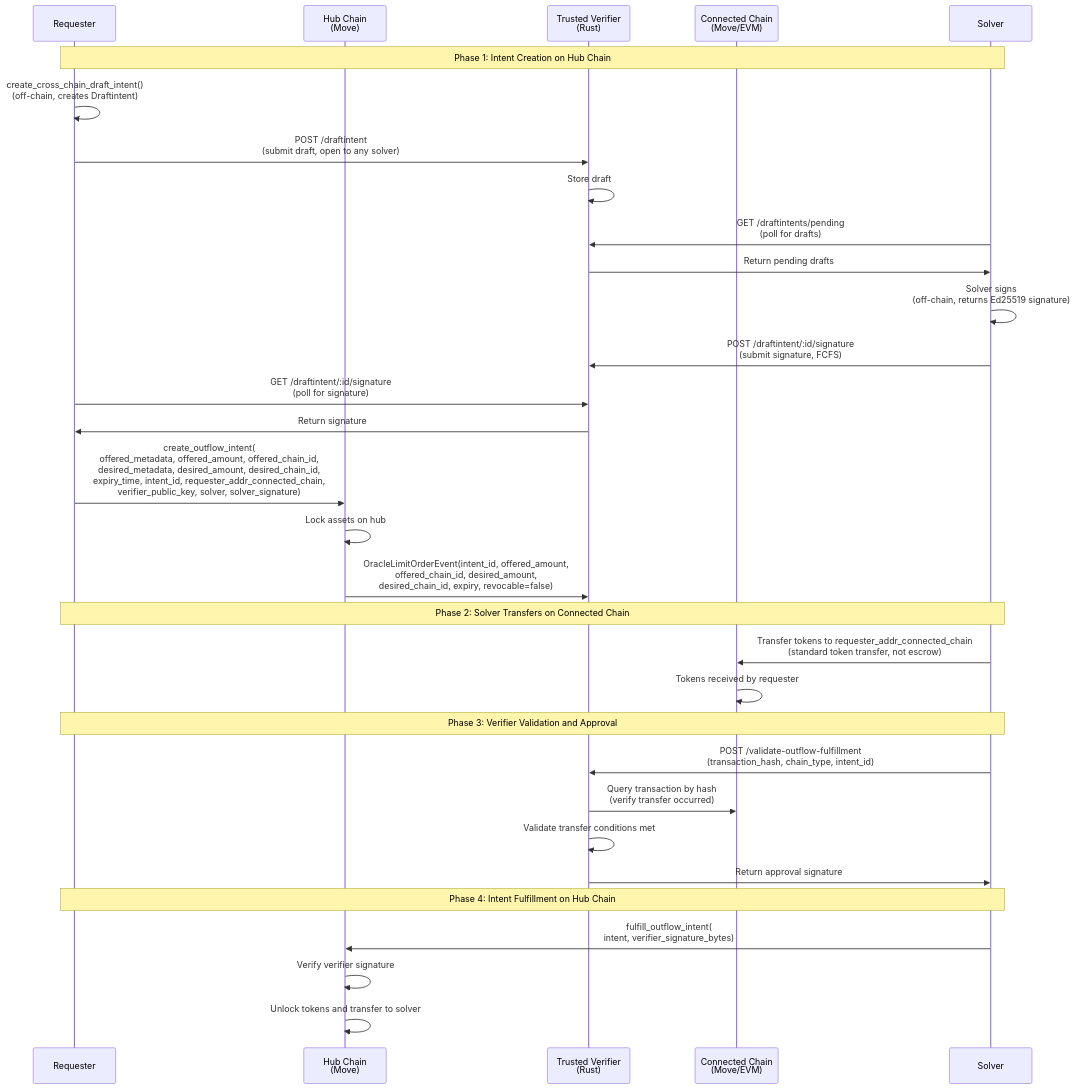
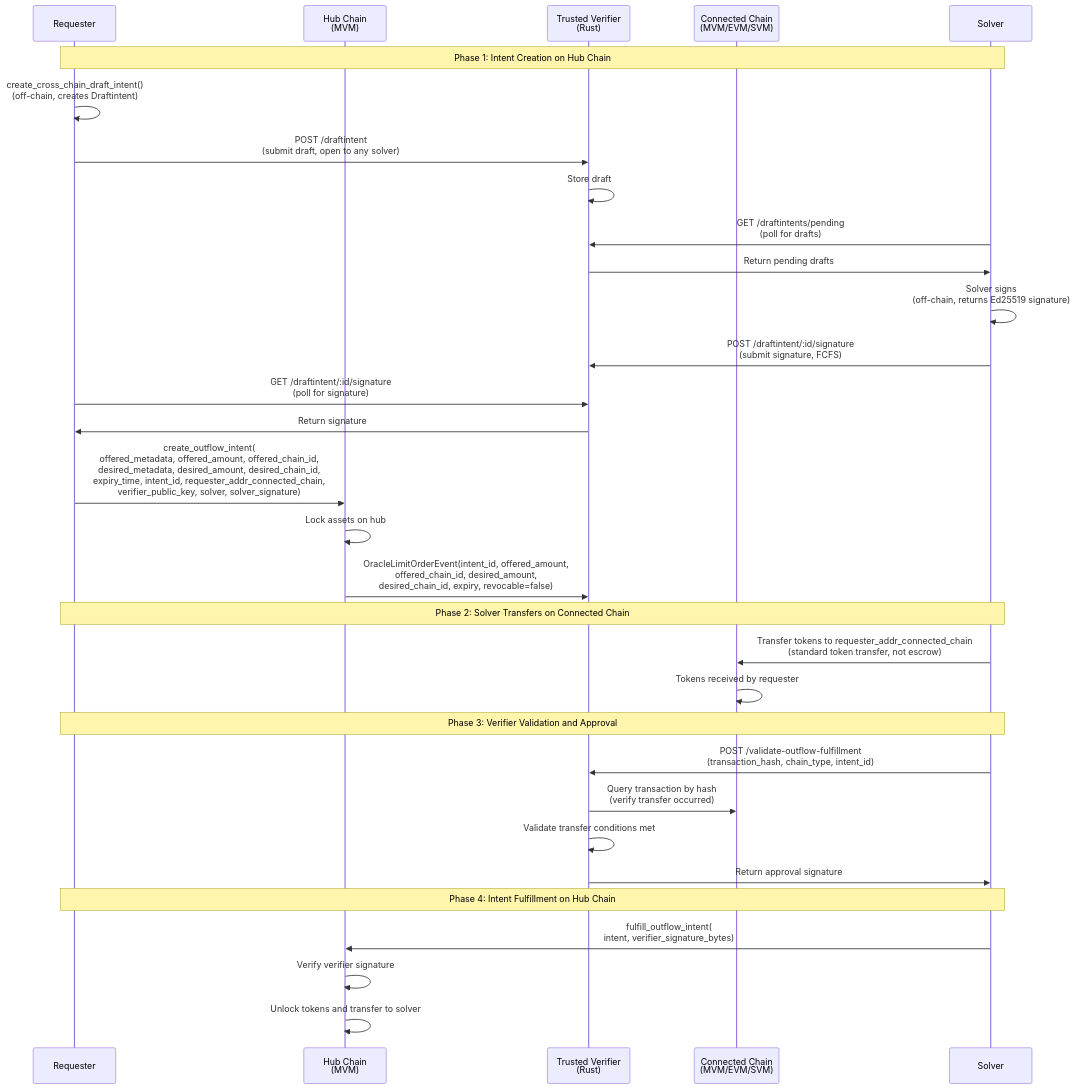
One commit to MoveIndustries/int3nts changed the second of 4 diagrams in docs/protocol.md. Above: the diagram before and after it, drawn with Mermaid. The commit also changed other lines of this file and 19 other files, not shown here.

````diff
--- a/docs/protocol.md
+++ b/docs/protocol.md
@@ -104,37 +109,37 @@
 ```mermaid
 sequenceDiagram
     participant Requester
-    participant Hub as Hub Chain<br/>(Move)
+    participant Hub as Hub Chain<br/>(MVM)
     participant Verifier as Trusted Verifier<br/>(Rust)
-    participant Connected as Connected Chain<br/>(Move/EVM)
+    participant Connected as Connected Chain<br/>(MVM/EVM/SVM)
     participant Solver
 
     Note over Requester,Solver: Phase 1: Intent Creation on Hub Chain
     Requester->>Requester: create_cross_chain_draft_intent()<br/>(off-chain, creates Draftintent)
     Requester->>Verifier: POST /draftintent<br/>(submit draft, open to any solver)
     Verifier->>Verifier: Store draft
     Solver->>Verifier: GET /draftintents/pending<br/>(poll for drafts)
     Verifier->>Solver: Return pending drafts
     Solver->>Solver: Solver signs<br/>(off-chain, returns Ed25519 signature)
     Solver->>Verifier: POST /draftintent/:id/signature<br/>(submit signature, FCFS)
     Requester->>Verifier: GET /draftintent/:id/signature<br/>(poll for signature)
     Verifier->>Requester: Return signature
     Requester->>Hub: create_outflow_intent(<br/>offered_metadata, offered_amount, offered_chain_id,<br/>desired_metadata, desired_amount, desired_chain_id,<br/>expiry_time, intent_id, requester_addr_connected_chain,<br/>verifier_public_key, solver, solver_signature)
     Hub->>Hub: Lock assets on hub
     Hub->>Verifier: OracleLimitOrderEvent(intent_id, offered_amount,<br/>offered_chain_id, desired_amount,<br/>desired_chain_id, expiry, revocable=false)
 
     Note over Requester,Solver: Phase 2: Solver Transfers on Connected Chain
     Solver->>Connected: Transfer tokens to requester_addr_connected_chain<br/>(standard token transfer, not escrow)
     Connected->>Connected: Tokens received by requester
 
     Note over Requester,Solver: Phase 3: Verifier Validation and Approval
     Solver->>Verifier: POST /validate-outflow-fulfillment<br/>(transaction_hash, chain_type, intent_id)
     Verifier->>Connected: Query transaction by hash<br/>(verify transfer occurred)
     Verifier->>Verifier: Validate transfer conditions met
     Verifier->>Solver: Return approval signature
 
     Note over Requester,Solver: Phase 4: Intent Fulfillment on Hub Chain
     Solver->>Hub: fulfill_outflow_intent(<br/>intent, verifier_signature_bytes)
     Hub->>Hub: Verify verifier signature
     Hub->>Hub: Unlock tokens and transfer to solver
 ```
````
